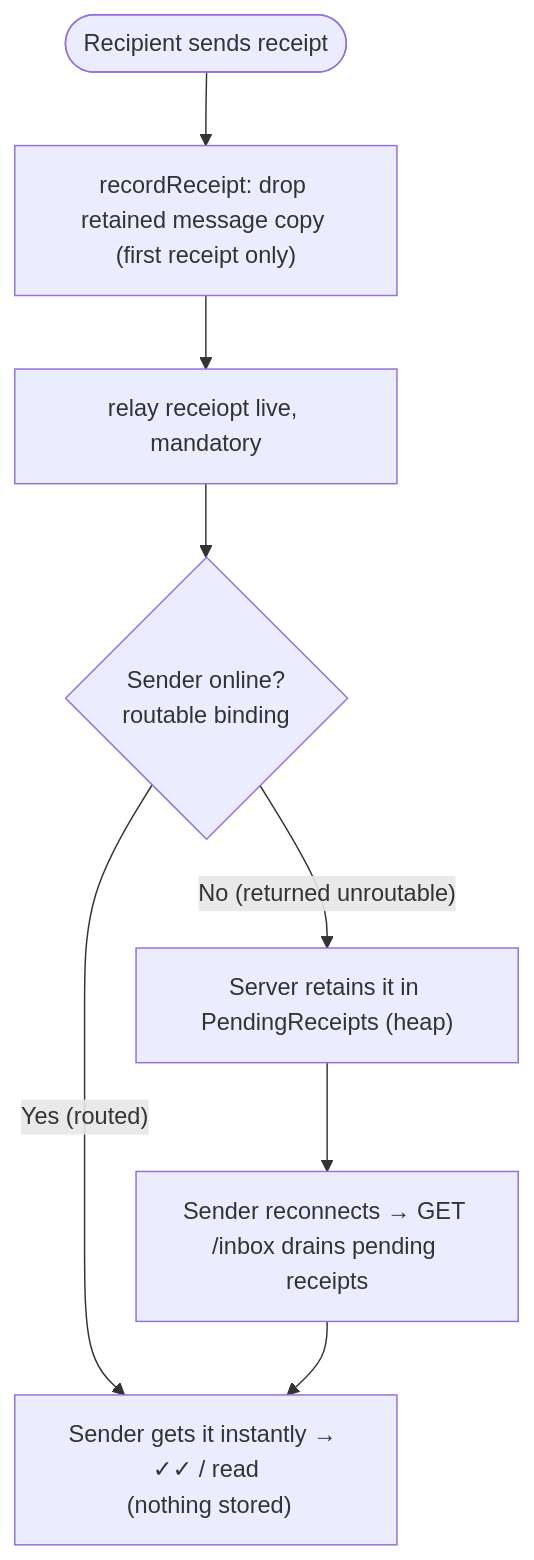
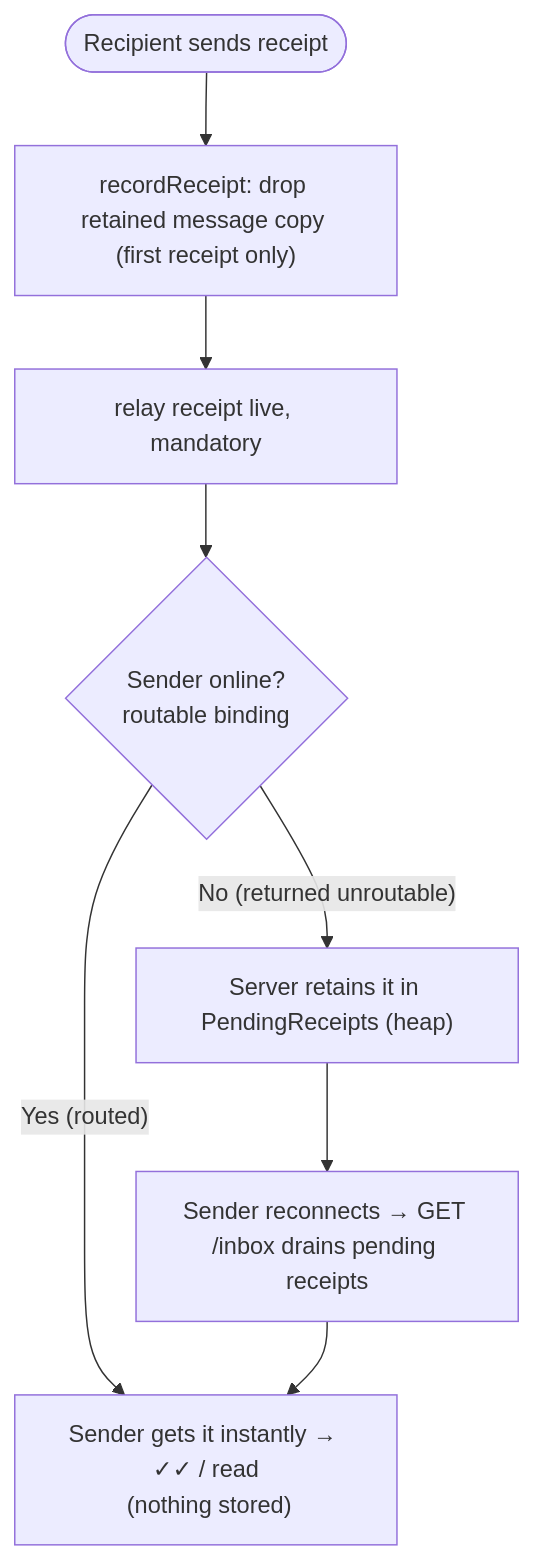
The third of 4 diagrams in doc/algorithms/messages-lifecycle.md (olshanskyev/fourletters-meta), drawn with Mermaid before and after one commit. The commit also changed other lines of this file and 4 other files, not shown here.

````diff
--- a/doc/algorithms/messages-lifecycle.md
+++ b/doc/algorithms/messages-lifecycle.md
@@ -96,10 +98,10 @@
 ```mermaid
 flowchart TD
     Start([Recipient sends receipt]) --> Drop["recordReceipt: drop retained message copy (first receipt only)"]
-    Drop --> Live["relay receiopt live, mandatory"]
+    Drop --> Live["relay receipt live, mandatory"]
     Live --> Online{Sender online?<br/> routable binding}
     Online -- "Yes (routed)" --> Got["Sender gets it instantly → ✓✓ / read<br/> (nothing stored)"]
     Online -- "No (returned unroutable)" --> Store["Server retains it in PendingReceipts (heap)"]
     Store --> Pull["Sender reconnects → GET /inbox drains pending receipts"]
     Pull --> Got
 ```
````
